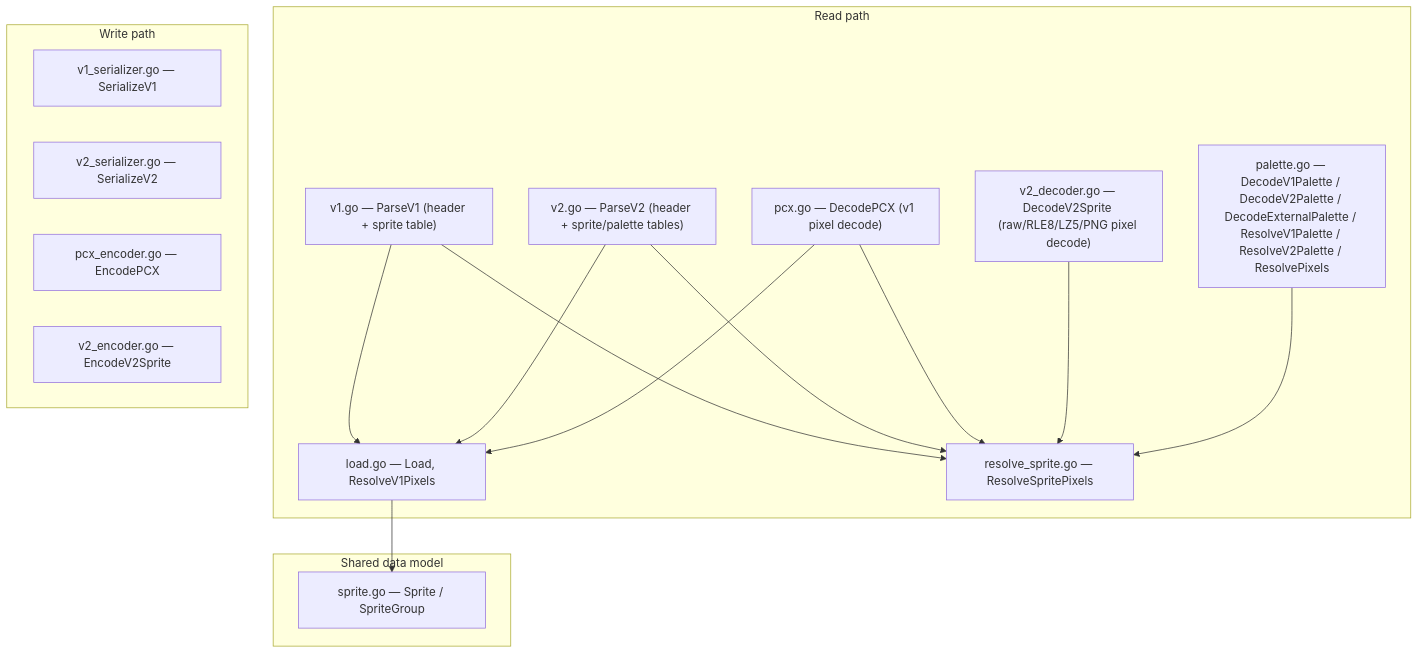
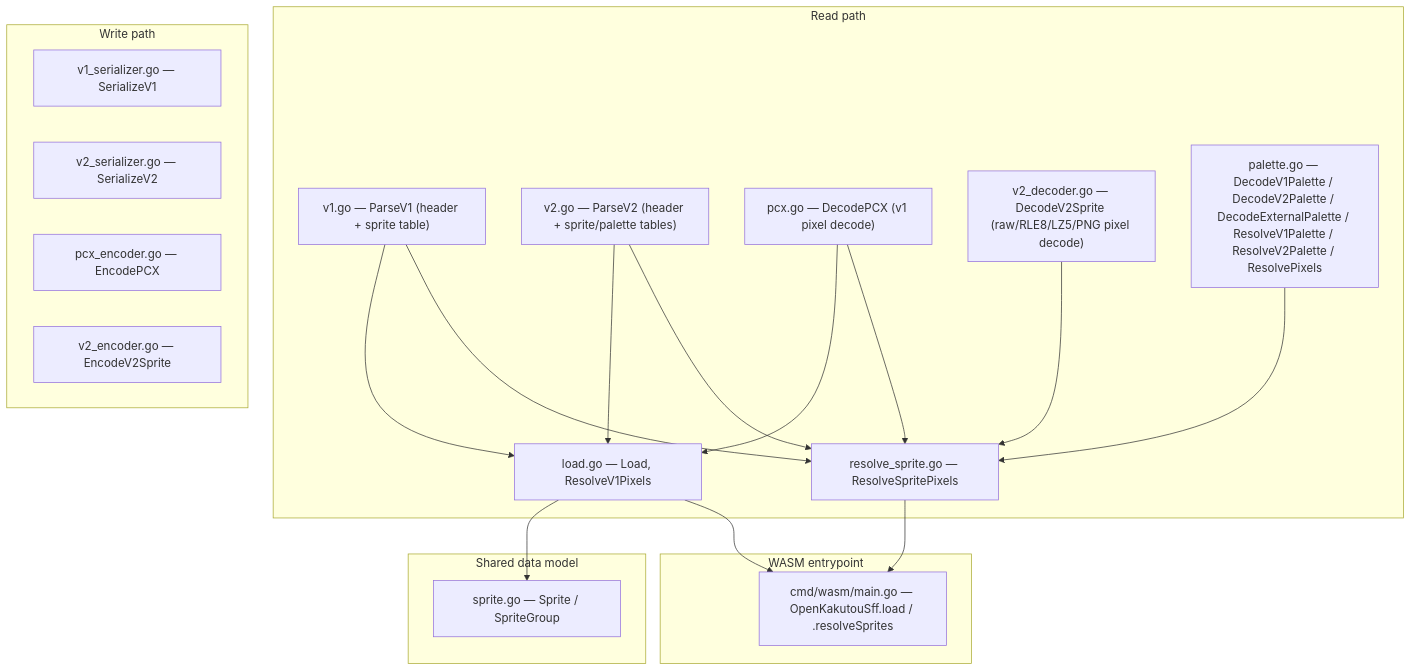
One commit to openkakutou/sff changed the diagram in docs/architecture.md. Above: the diagram before and after it, drawn with Mermaid. The commit also changed other lines of this file and 10 other files, not shown here.

Commit message:
feat: web apps can now load and decode .sff sprite sheets directly in the browser, without a Go toolchain, via a WebAssembly build; every tagged release automatically publishes the WebAssembly module alongside its matching browser glue file as downloadable assets

````diff
--- a/docs/architecture.md
+++ b/docs/architecture.md
@@ -7,31 +7,36 @@
 ```mermaid
 flowchart TB
     subgraph Read path
         V1P["v1.go — ParseV1 (header + sprite table)"]
         V2P["v2.go — ParseV2 (header + sprite/palette tables)"]
         PCXD["pcx.go — DecodePCX (v1 pixel decode)"]
         V2D["v2_decoder.go — DecodeV2Sprite (raw/RLE8/LZ5/PNG pixel decode)"]
         PAL["palette.go — DecodeV1Palette / DecodeV2Palette / DecodeExternalPalette / ResolveV1Palette / ResolveV2Palette / ResolvePixels"]
         LOAD["load.go — Load, ResolveV1Pixels"]
         COMBO["resolve_sprite.go — ResolveSpritePixels"]
     end
     subgraph Write path
         V1S["v1_serializer.go — SerializeV1"]
         V2S["v2_serializer.go — SerializeV2"]
         PCXE["pcx_encoder.go — EncodePCX"]
         V2E["v2_encoder.go — EncodeV2Sprite"]
     end
     subgraph Shared data model
         SPR["sprite.go — Sprite / SpriteGroup"]
     end
+    subgraph WASM entrypoint
+        WASM["cmd/wasm/main.go — OpenKakutouSff.load / .resolveSprites"]
+    end
 
     V1P --> LOAD
     V2P --> LOAD
     PCXD --> LOAD
     LOAD --> SPR
     V1P --> COMBO
     V2P --> COMBO
     PCXD --> COMBO
     V2D --> COMBO
     PAL --> COMBO
+    LOAD --> WASM
+    COMBO --> WASM
 ```
````
